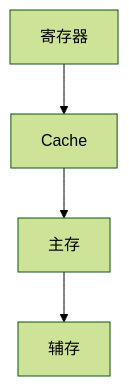
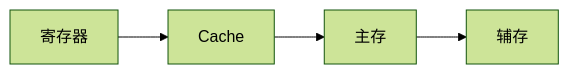
Before and after one commit to yuchihatuntun/ObsLink: the first of 2 diagrams in src/content/posts/MCP-Notebook/mcp-chapter-03.md, drawn with Mermaid (forest theme). The commit also changed other lines of this file and 2 other files, not shown here.

````diff
--- a/src/content/posts/MCP-Notebook/mcp-chapter-03.md
+++ b/src/content/posts/MCP-Notebook/mcp-chapter-03.md
@@ -21,6 +23,6 @@
 ```mermaid
-graph TD
+graph LR
     A[寄存器] --> B[Cache]
     B --> C[主存]
     C --> D[辅存]
 ```
````
